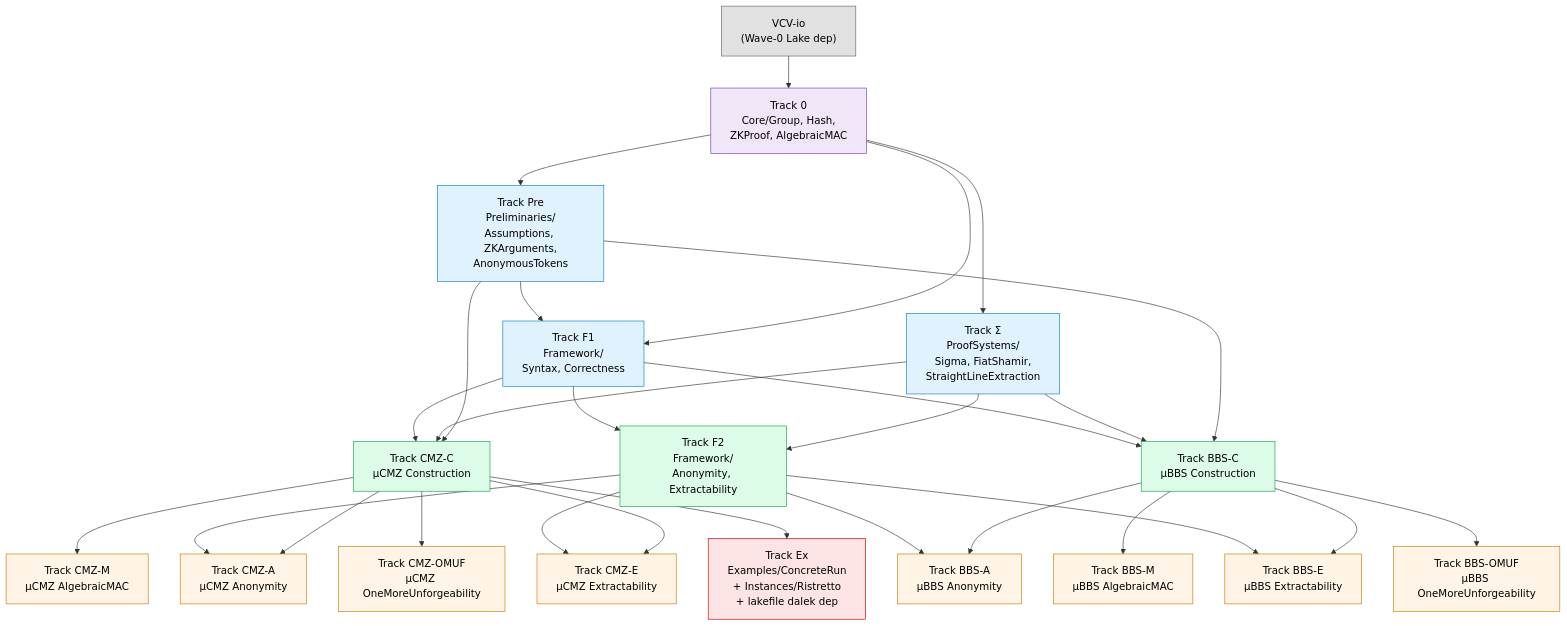
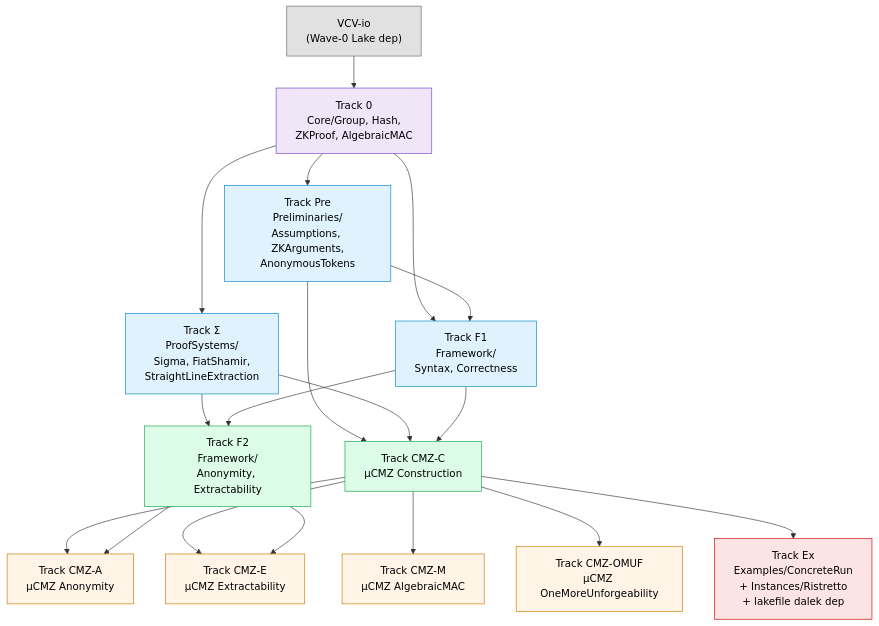
Before and after one commit to Beneficial-AI-Foundation/KeyedVerificationAnonymousCredential-model: the diagram in docs/TRACKS.md, drawn with Mermaid. The commit also changed other lines of this file, not shown here.

First line of the commit message:
docs(tracks): descope μBBS from v1 scope

````diff
--- a/docs/TRACKS.md
+++ b/docs/TRACKS.md
@@ -11,67 +11,51 @@
 ```mermaid
 graph TD
   VCVio["VCV-io<br/>(Wave-0 Lake dep)"]:::ext
 
   T0["Track 0<br/>Core/Group, Hash,<br/>ZKProof, AlgebraicMAC"]:::w0
 
   TPre["Track Pre<br/>Preliminaries/<br/>Assumptions, ZKArguments,<br/>AnonymousTokens"]:::w1
   TΣ["Track Σ<br/>ProofSystems/<br/>Sigma, FiatShamir,<br/>StraightLineExtraction"]:::w1
   TF1["Track F1<br/>Framework/<br/>Syntax, Correctness"]:::w1
 
   TF2["Track F2<br/>Framework/<br/>Anonymity, Extractability"]:::w2
   TCMZ_C["Track CMZ-C<br/>μCMZ Construction"]:::w2
-  TBBS_C["Track BBS-C<br/>μBBS Construction"]:::w2
 
   TCMZ_M["Track CMZ-M<br/>μCMZ AlgebraicMAC"]:::w3
   TCMZ_A["Track CMZ-A<br/>μCMZ Anonymity"]:::w3
   TCMZ_E["Track CMZ-E<br/>μCMZ Extractability"]:::w3
   TCMZ_OMUF["Track CMZ-OMUF<br/>μCMZ OneMoreUnforgeability"]:::w3
-
-  TBBS_M["Track BBS-M<br/>μBBS AlgebraicMAC"]:::w3
-  TBBS_A["Track BBS-A<br/>μBBS Anonymity"]:::w3
-  TBBS_E["Track BBS-E<br/>μBBS Extractability"]:::w3
-  TBBS_OMUF["Track BBS-OMUF<br/>μBBS OneMoreUnforgeability"]:::w3
 
   TEx["Track Ex<br/>Examples/ConcreteRun<br/>+ Instances/Ristretto<br/>+ lakefile dalek dep"]:::w4
 
   VCVio --> T0
 
   T0 --> TPre
   T0 --> TΣ
   T0 --> TF1
 
   TPre --> TF1
   TPre --> TCMZ_C
-  TPre --> TBBS_C
   TΣ --> TCMZ_C
-  TΣ --> TBBS_C
   TΣ --> TF2
 
   TF1 --> TF2
   TF1 --> TCMZ_C
-  TF1 --> TBBS_C
 
   TCMZ_C --> TCMZ_M
   TCMZ_C --> TCMZ_A
   TCMZ_C --> TCMZ_E
   TCMZ_C --> TCMZ_OMUF
 
-  TBBS_C --> TBBS_M
-  TBBS_C --> TBBS_A
-  TBBS_C --> TBBS_E
-  TBBS_C --> TBBS_OMUF
-
   TF2 --> TCMZ_A
   TF2 --> TCMZ_E
-  TF2 --> TBBS_A
-  TF2 --> TBBS_E
 
   TCMZ_C --> TEx
 
   classDef ext fill:#e1e1e1,stroke:#666,color:#000
   classDef w0 fill:#f0e6f7,stroke:#6f42c1,color:#000
   classDef w1 fill:#e0f2fe,stroke:#0284c7,color:#000
   classDef w2 fill:#dcfce7,stroke:#16a34a,color:#000
   classDef w3 fill:#fff4e6,stroke:#cc7a00,color:#000
   classDef w4 fill:#fde4e4,stroke:#cc0000,color:#000
 ```
````
